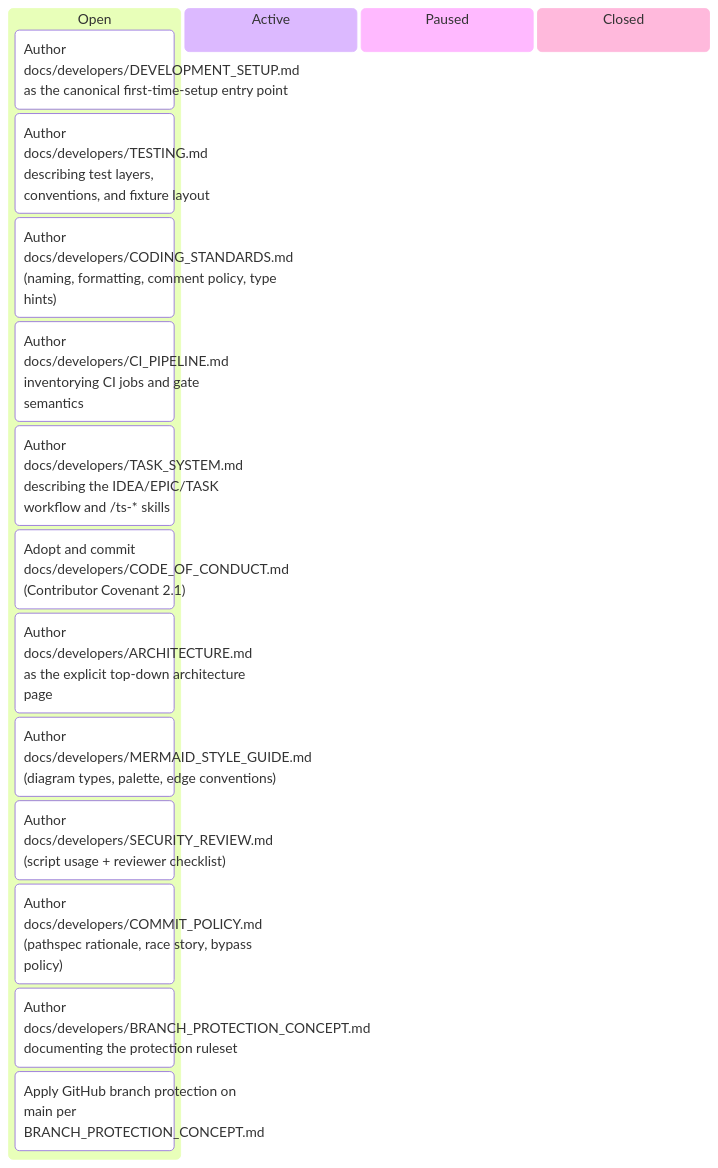
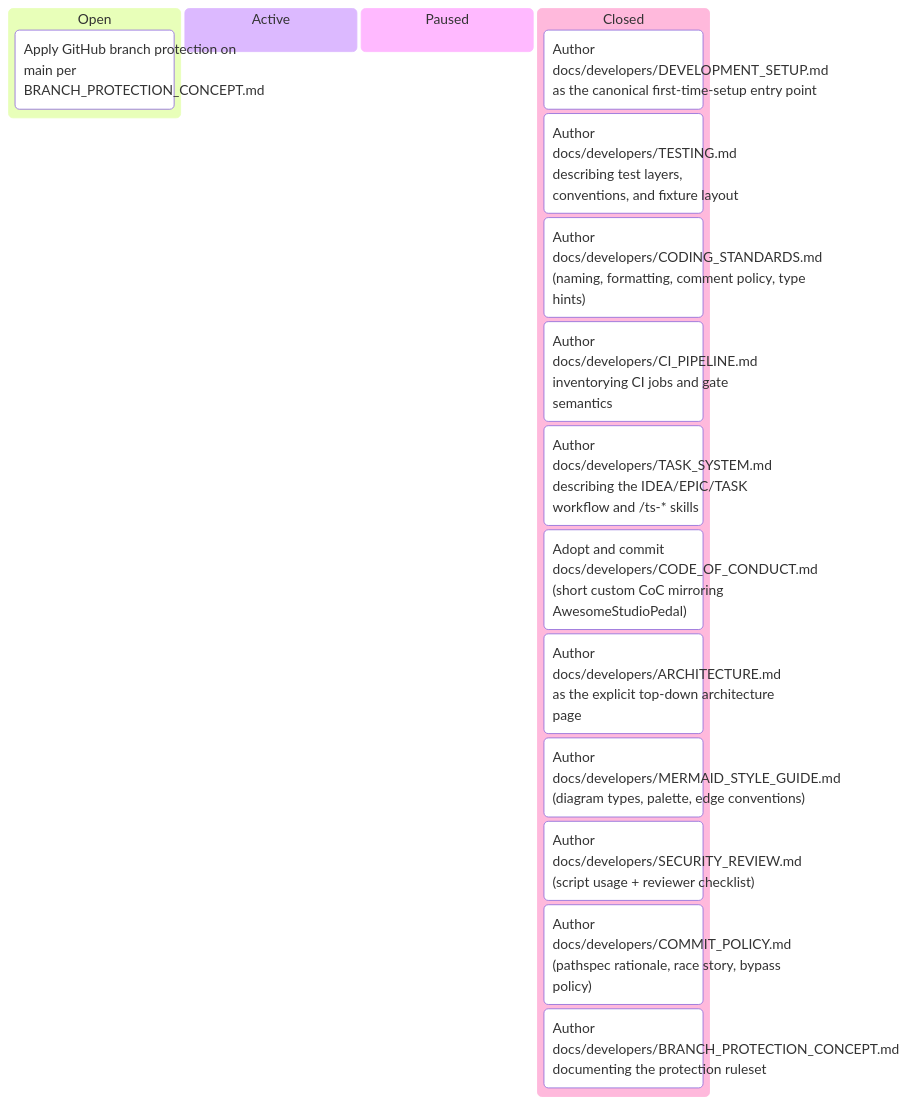
Before and after one commit to tgd1975/CircuitSmith: the eighth of 8 diagrams in docs/developers/tasks/KANBAN.md, drawn with Mermaid. The commit also changed other lines of this file and 12 other files, not shown here.

````diff
--- a/docs/developers/tasks/KANBAN.md
+++ b/docs/developers/tasks/KANBAN.md
@@ -151,19 +152,19 @@
 ```mermaid
 kanban
   Open
+    TASK_073["Apply GitHub branch protection on main per BRANCH_PROTECTION_CONCEPT.md"]
+  Active
+  Paused
+  Closed
     TASK_062["Author docs/developers/DEVELOPMENT_SETUP.md as the canonical first-time-setup entry point"]
     TASK_063["Author docs/developers/TESTING.md describing test layers, conventions, and fixture layout"]
     TASK_064["Author docs/developers/CODING_STANDARDS.md (naming, formatting, comment policy, type hints)"]
     TASK_065["Author docs/developers/CI_PIPELINE.md inventorying CI jobs and gate semantics"]
     TASK_066["Author docs/developers/TASK_SYSTEM.md describing the IDEA/EPIC/TASK workflow and /ts-* skills"]
-    TASK_067["Adopt and commit docs/developers/CODE_OF_CONDUCT.md (Contributor Covenant 2.1)"]
+    TASK_067["Adopt and commit docs/developers/CODE_OF_CONDUCT.md (short custom CoC mirroring AwesomeStudioPedal)"]
     TASK_068["Author docs/developers/ARCHITECTURE.md as the explicit top-down architecture page"]
     TASK_069["Author docs/developers/MERMAID_STYLE_GUIDE.md (diagram types, palette, edge conventions)"]
     TASK_070["Author docs/developers/SECURITY_REVIEW.md (script usage + reviewer checklist)"]
     TASK_071["Author docs/developers/COMMIT_POLICY.md (pathspec rationale, race story, bypass policy)"]
     TASK_072["Author docs/developers/BRANCH_PROTECTION_CONCEPT.md documenting the protection ruleset"]
-    TASK_073["Apply GitHub branch protection on main per BRANCH_PROTECTION_CONCEPT.md"]
-  Active
-  Paused
-  Closed
 ```
````
